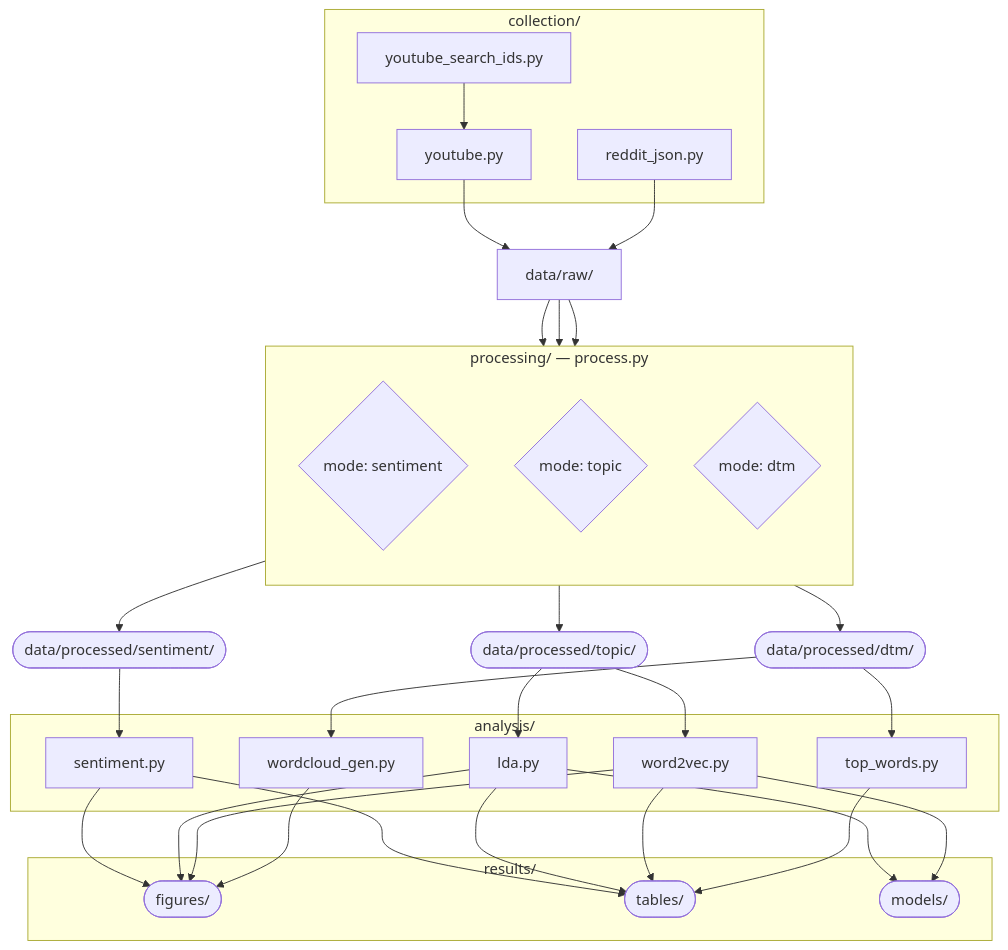
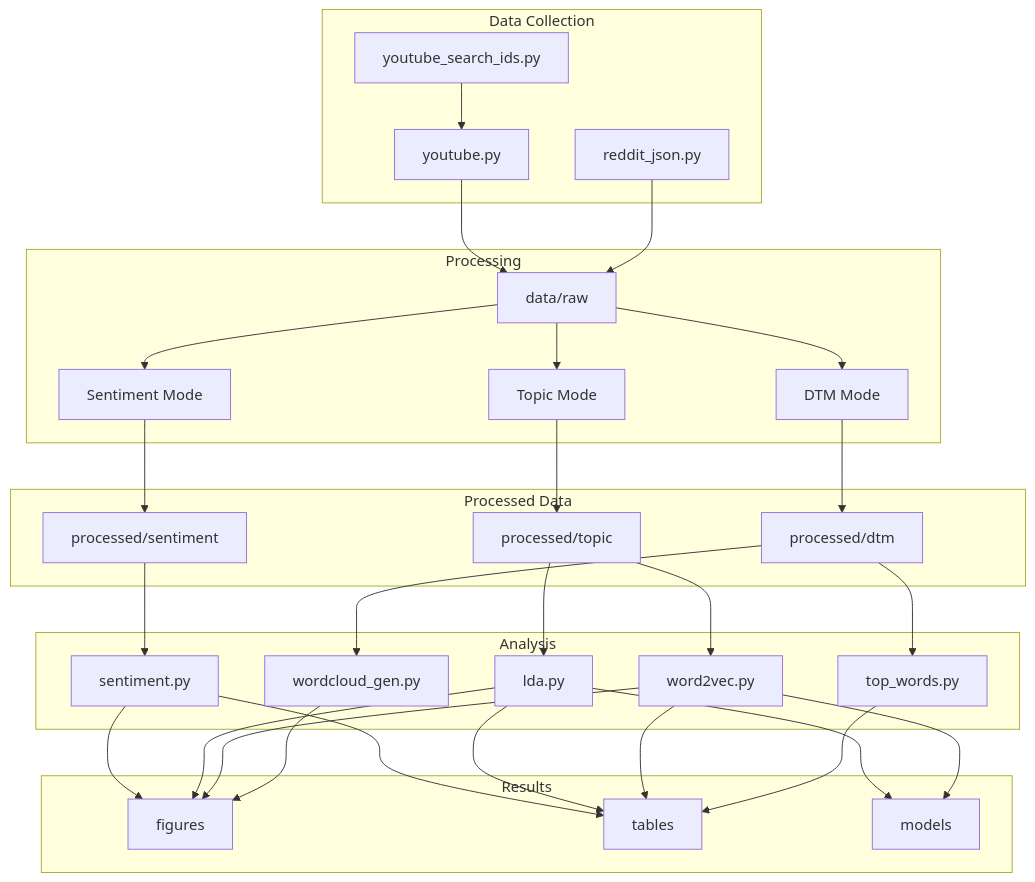
One commit to zenru1023/ai-music-sentiment changed the diagram in README.md. Above: the diagram before and after it, drawn with Mermaid.

Commit message:
final graph

````diff
--- a/README.md
+++ b/README.md
@@ -8,49 +8,52 @@
 ```mermaid
-graph TD
-    %% Collection Phase
-    subgraph collection [collection/]
-        A[youtube_search_ids.py] --> B[youtube.py]
-        C[reddit_json.py]
+flowchart TD
+    %% 1. Data Collection
+    subgraph A [Data Collection]
+        A1[youtube_search_ids.py] --> A2[youtube.py]
+        A3[reddit_json.py]
     end
 
-    B & C --> D[data/raw/]
+    A2 --> B[data/raw]
+    A3 --> B
 
-    %% Processing Phase
-    subgraph processing [processing/ — process.py]
-        direction TB
-        E{mode: sentiment}
-        F{mode: topic}
-        G{mode: dtm}
+    %% 2. Processing
+    subgraph C [Processing]
+        B --> C1[Sentiment Mode]
+        B --> C2[Topic Mode]
+        B --> C3[DTM Mode]
     end
 
-    D --> E & F & G
-
-    %% Processed Data
-    E --> H([data/processed/sentiment/])
-    F --> I([data/processed/topic/])
-    G --> J([data/processed/dtm/])
-
-    %% Analysis Phase
-    subgraph analysis [analysis/]
-        K[sentiment.py]
-        L[lda.py]
-        M[word2vec.py]
-        N[wordcloud_gen.py]
-        O[top_words.py]
+    %% 3. Processed Outputs
+    subgraph D [Processed Data]
+        C1 --> D1[processed/sentiment]
+        C2 --> D2[processed/topic]
+        C3 --> D3[processed/dtm]
     end
 
-    H --> K
-    I --> L & M
-    J --> N & O
+    %% 4. Analysis
+    subgraph E [Analysis]
+        D1 --> E1[sentiment.py]
 
-    %% Results Phase
-    subgraph results [results/]
-        P([figures/])
-        Q([tables/])
-        R([models/])
+        D2 --> E2[lda.py]
+        D2 --> E3[word2vec.py]
+
+        D3 --> E4[wordcloud_gen.py]
+        D3 --> E5[top_words.py]
     end
 
-    K & L & M & N --> P
-    K & L & M & O --> Q
-    L & M --> R
+    %% 5. Results
+    subgraph F [Results]
+        E1 --> F1[figures]
+        E2 --> F1
+        E3 --> F1
+        E4 --> F1
+
+        E1 --> F2[tables]
+        E2 --> F2
+        E3 --> F2
+        E5 --> F2
+
+        E2 --> F3[models]
+        E3 --> F3
+    end
 ```
````
